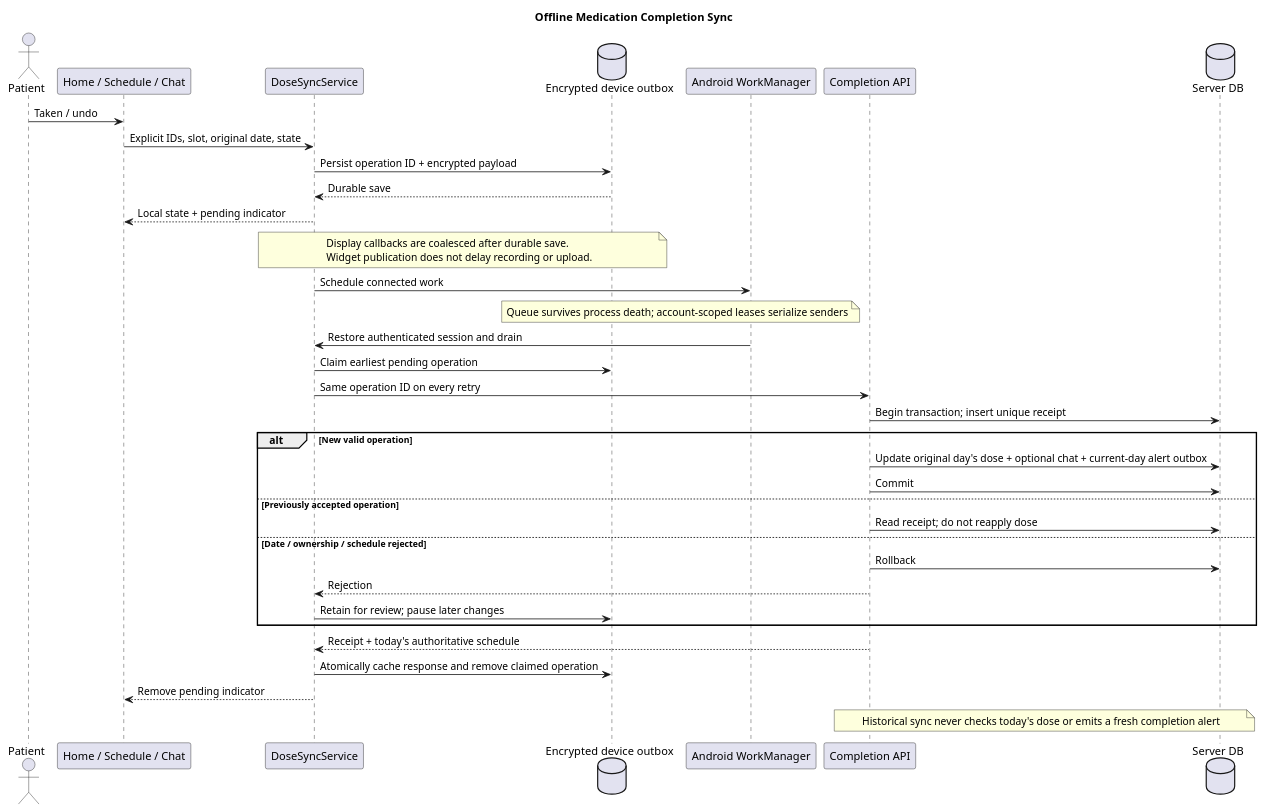
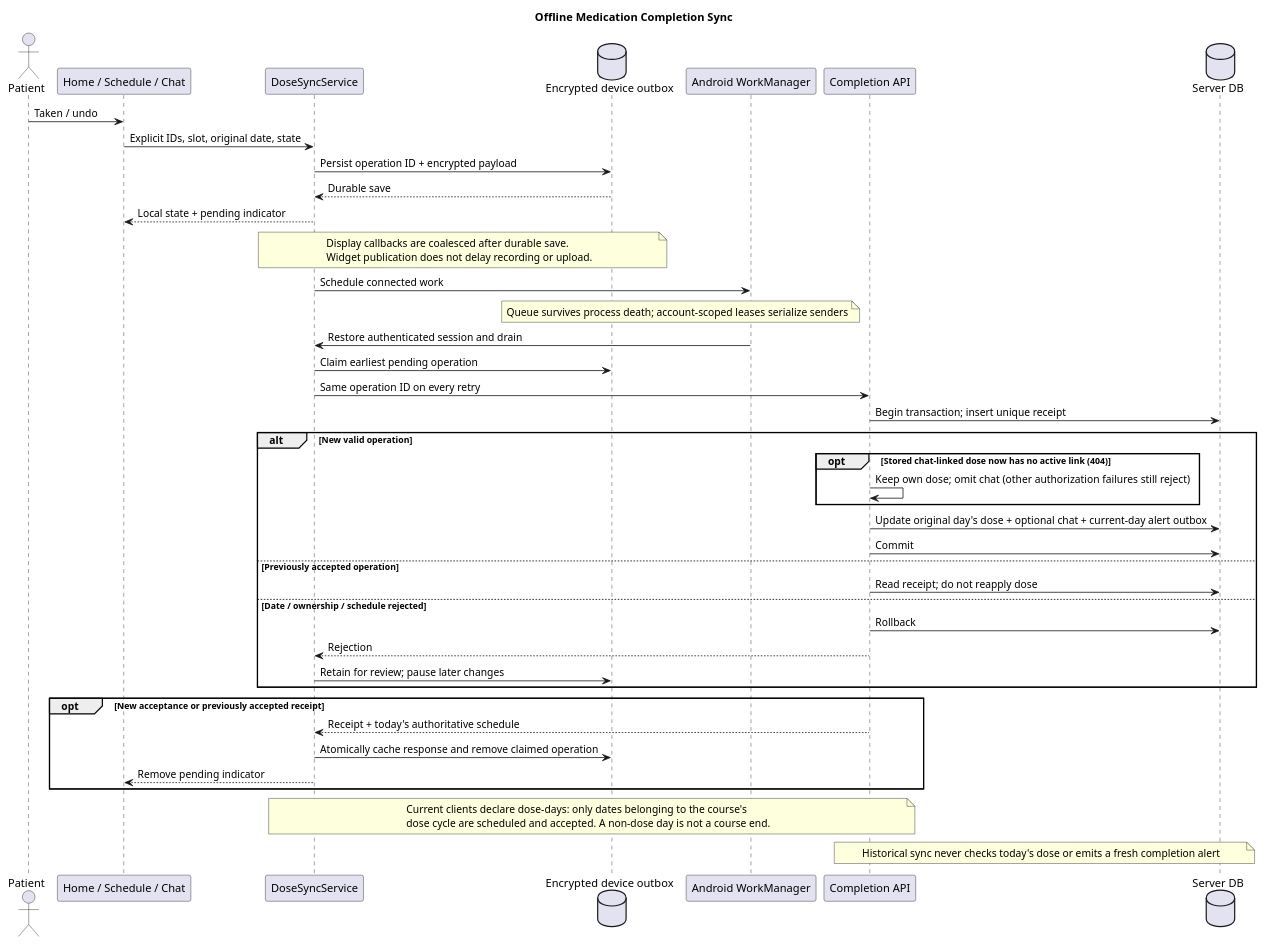
One commit to 1window2/MedBuddy changed the diagram in docs/UML/sequence/OfflineDoseSync.puml. Above: the diagram before and after it, drawn with PlantUML. The commit also changed 10 other files, not shown here.

Commit message:
docs(uml): align dose-day and chat flows with v0.2.2-beta

```diff
--- a/docs/UML/sequence/OfflineDoseSync.puml
+++ b/docs/UML/sequence/OfflineDoseSync.puml
@@ -1,37 +1,46 @@
 @startuml
 title Offline Medication Completion Sync
 actor Patient
 participant "Home / Schedule / Chat" as UI
 participant DoseSyncService as Sync
 database "Encrypted device outbox" as Local
 participant "Android WorkManager" as Worker
 participant "Completion API" as API
 database "Server DB" as DB
 
 Patient -> UI: Taken / undo
 UI -> Sync: Explicit IDs, slot, original date, state
 Sync -> Local: Persist operation ID + encrypted payload
 Local --> Sync: Durable save
 Sync --> UI: Local state + pending indicator
 note over Sync,Local: Display callbacks are coalesced after durable save.\nWidget publication does not delay recording or upload.
 Sync -> Worker: Schedule connected work
 note over Local, Worker: Queue survives process death; account-scoped leases serialize senders
 Worker -> Sync: Restore authenticated session and drain
 Sync -> Local: Claim earliest pending operation
 Sync -> API: Same operation ID on every retry
 API -> DB: Begin transaction; insert unique receipt
 alt New valid operation
+  opt Stored chat-linked dose now has no active link (404)
+    API -> API: Keep own dose; omit chat (other authorization failures still reject)
+  end
   API -> DB: Update original day's dose + optional chat + current-day alert outbox
   API -> DB: Commit
 else Previously accepted operation
   API -> DB: Read receipt; do not reapply dose
 else Date / ownership / schedule rejected
   API -> DB: Rollback
   API --> Sync: Rejection
   Sync -> Local: Retain for review; pause later changes
 end
-API --> Sync: Receipt + today's authoritative schedule
-Sync -> Local: Atomically cache response and remove claimed operation
-Sync --> UI: Remove pending indicator
+opt New acceptance or previously accepted receipt
+  API --> Sync: Receipt + today's authoritative schedule
+  Sync -> Local: Atomically cache response and remove claimed operation
+  Sync --> UI: Remove pending indicator
+end
+note over Sync,API
+  Current clients declare dose-days: only dates belonging to the course's
+  dose cycle are scheduled and accepted. A non-dose day is not a course end.
+end note
 note over API, DB: Historical sync never checks today's dose or emits a fresh completion alert
 @enduml
```
